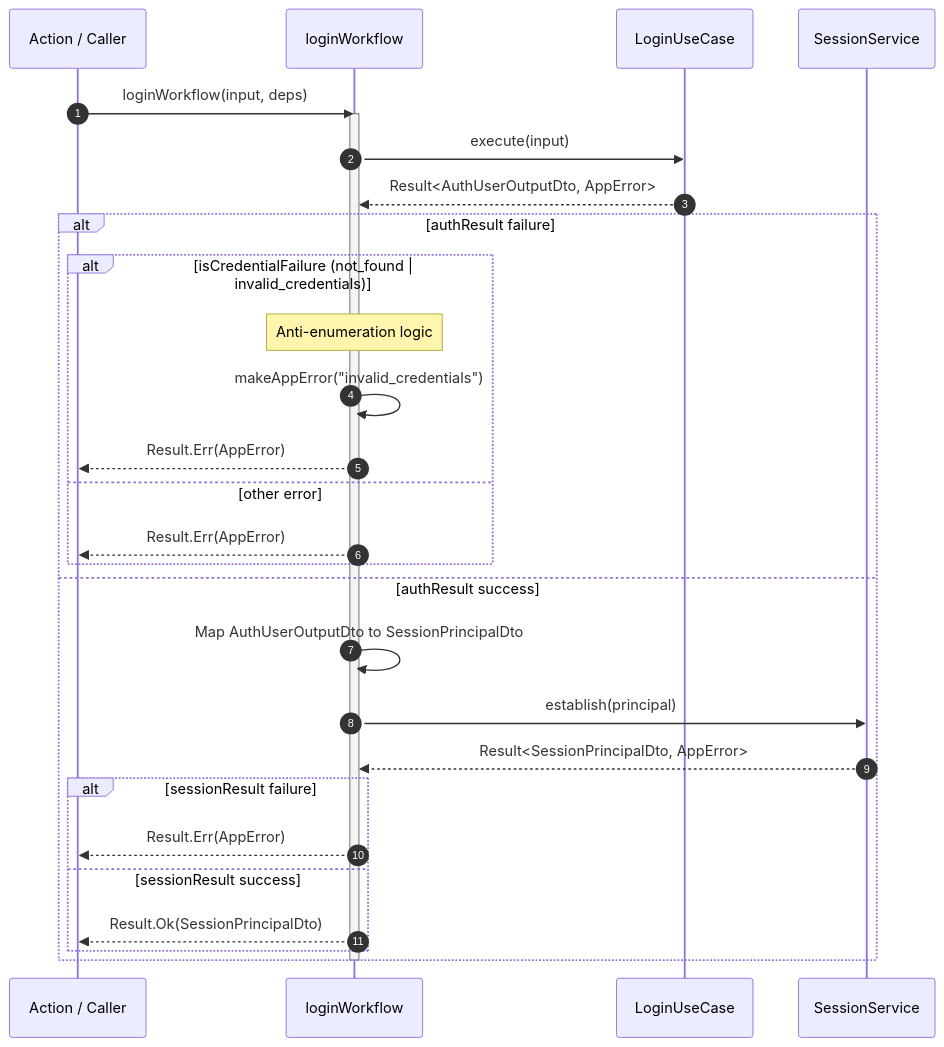
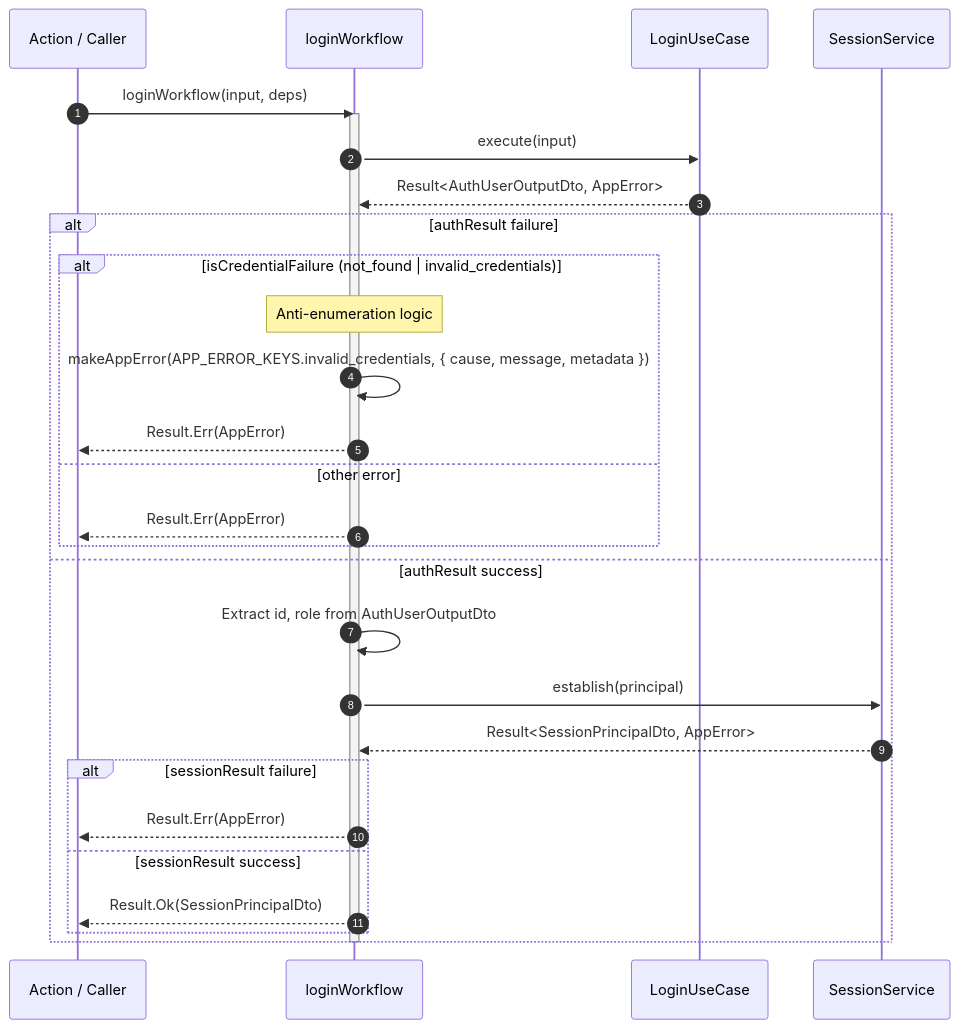
One commit to andrewpetersondev/nextjs-dashboard changed the eighth of 12 diagrams in src/modules/auth/server/infrastructure/db/dal/README.md. Above: the diagram before and after it, drawn with Mermaid. The commit also changed other lines of this file, not shown here.

Commit message:
docs: update flowcharts and sequence diagrams for DAL and LoginUseCase

````diff
--- a/src/modules/auth/server/infrastructure/db/dal/README.md
+++ b/src/modules/auth/server/infrastructure/db/dal/README.md
@@ -325,37 +324,37 @@
 ```mermaid
 sequenceDiagram
   autonumber
 
   participant AC as Action / Caller
   participant WF as loginWorkflow
   participant UC as LoginUseCase
   participant SS as SessionService
 
   AC->>WF: loginWorkflow(input, deps)
   activate WF
 
   WF->>UC: execute(input)
   UC-->>WF: Result<AuthUserOutputDto, AppError>
 
   alt authResult failure
     alt isCredentialFailure (not_found | invalid_credentials)
       note over WF: Anti-enumeration logic
-      WF->>WF: makeAppError("invalid_credentials")
+      WF->>WF: makeAppError(APP_ERROR_KEYS.invalid_credentials, { cause, message, metadata })
       WF-->>AC: Result.Err(AppError)
     else other error
       WF-->>AC: Result.Err(AppError)
     end
   else authResult success
-    WF->>WF: Map AuthUserOutputDto to SessionPrincipalDto
+    WF->>WF: Extract id, role from AuthUserOutputDto
     WF->>SS: establish(principal)
     SS-->>WF: Result<SessionPrincipalDto, AppError>
 
     alt sessionResult failure
       WF-->>AC: Result.Err(AppError)
     else sessionResult success
       WF-->>AC: Result.Ok(SessionPrincipalDto)
     end
   end
 
   deactivate WF
 ```
````
